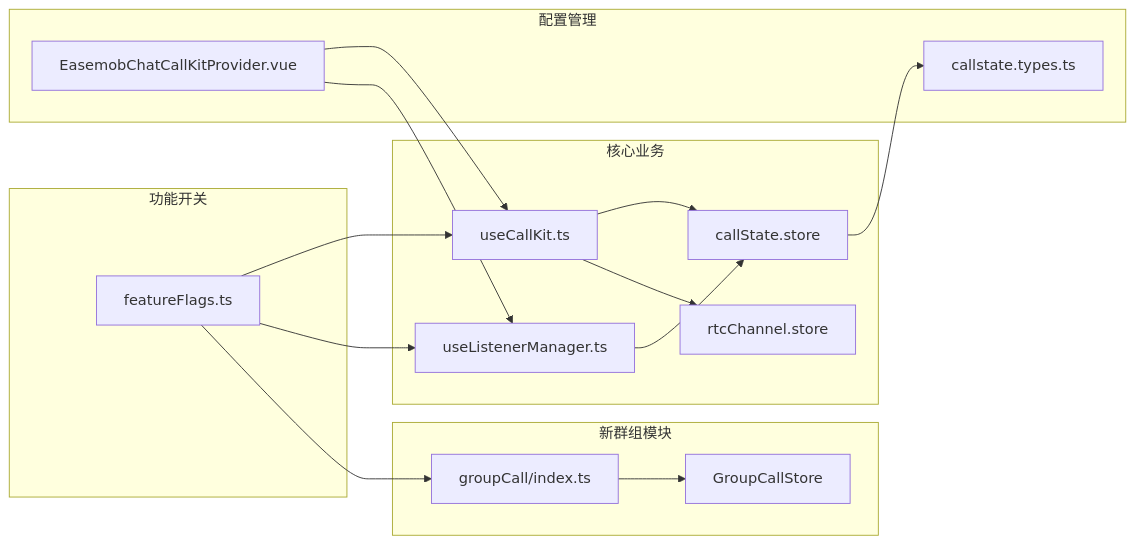
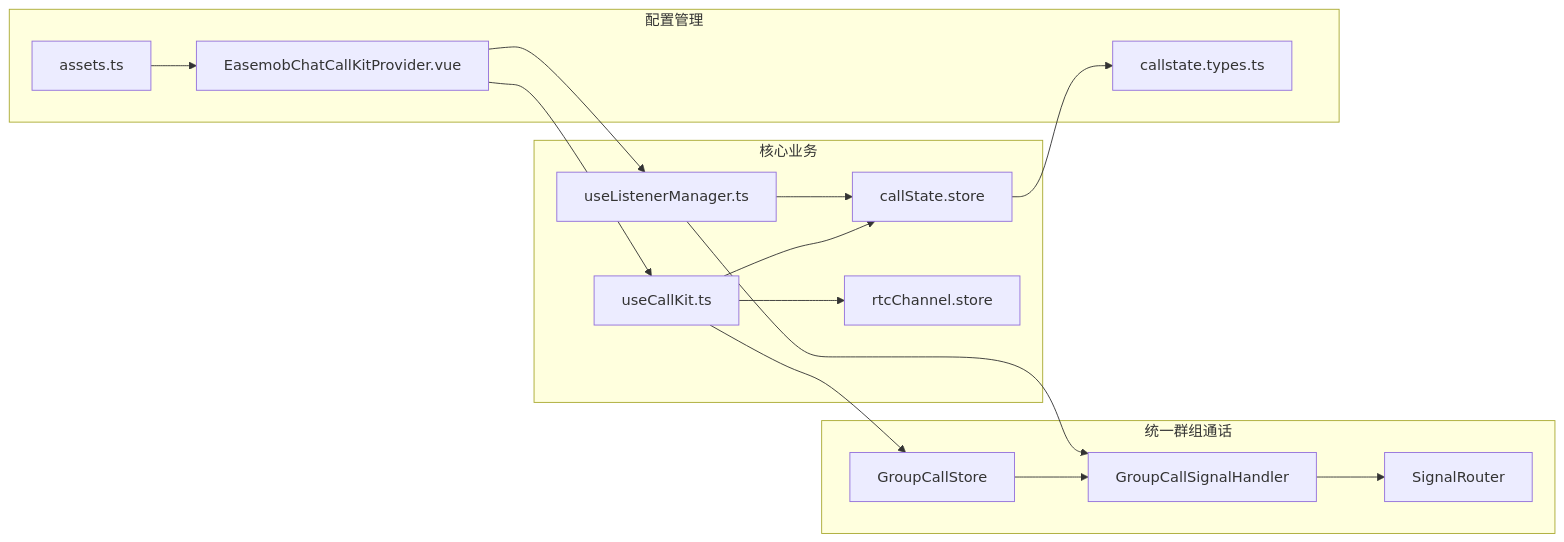
One commit to Easemob-Community/easemob-uikit-callkit-vue3 changed the eighth of 8 diagrams in .qoder/repowiki/zh/content/高级功能/功能开关系统.md. Above: the diagram before and after it, drawn with Mermaid. The commit also changed other lines of this file and 40 other files, not shown here.

````diff
--- a/.qoder/repowiki/zh/content/高级功能/功能开关系统.md
+++ b/.qoder/repowiki/zh/content/高级功能/功能开关系统.md
@@ -305,30 +346,30 @@
 ```mermaid
 graph LR
-subgraph "功能开关"
-FF[featureFlags.ts]
+subgraph "统一群组通话"
+GCS[GroupCallStore]
+GCH[GroupCallSignalHandler]
+SR[SignalRouter]
 end
 subgraph "核心业务"
 CK[useCallKit.ts]
 LM[useListenerManager.ts]
 CS[callState.store]
 RCS[rtcChannel.store]
 end
-subgraph "新群组模块"
-GCI[groupCall/index.ts]
-GCS[GroupCallStore]
-end
 subgraph "配置管理"
 EP[EasemobChatCallKitProvider.vue]
 CT[callstate.types.ts]
+ASSETS[assets.ts]
 end
-FF --> CK
-FF --> LM
-FF --> GCI
+GCS --> GCH
+GCH --> SR
+CK --> GCS
+LM --> GCH
 CK --> CS
 LM --> CS
 CK --> RCS
-GCI --> GCS
 EP --> CK
 EP --> LM
 CS --> CT
+ASSETS --> EP
 ```
````
